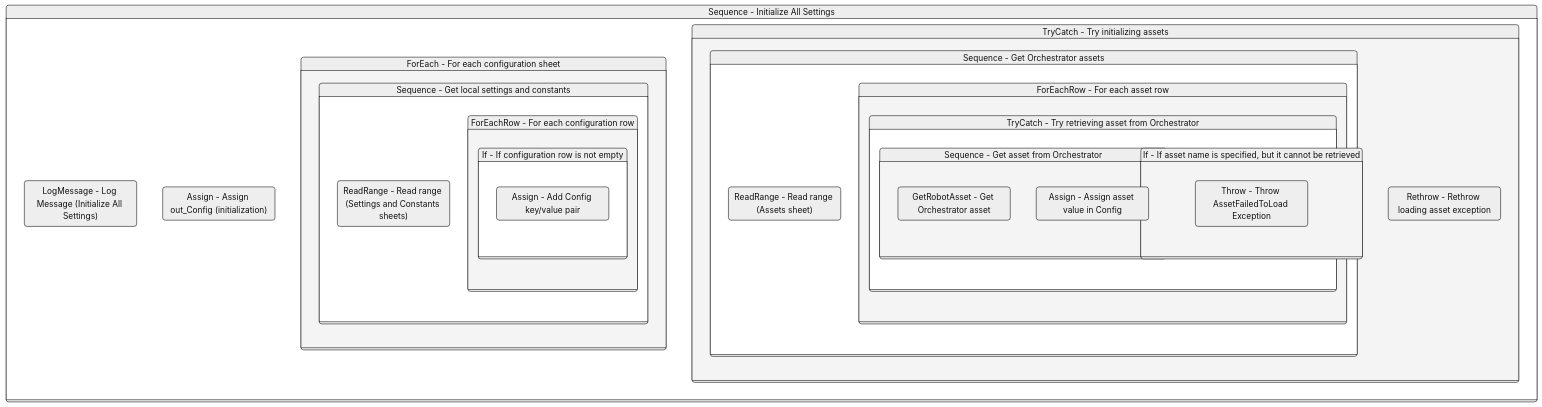
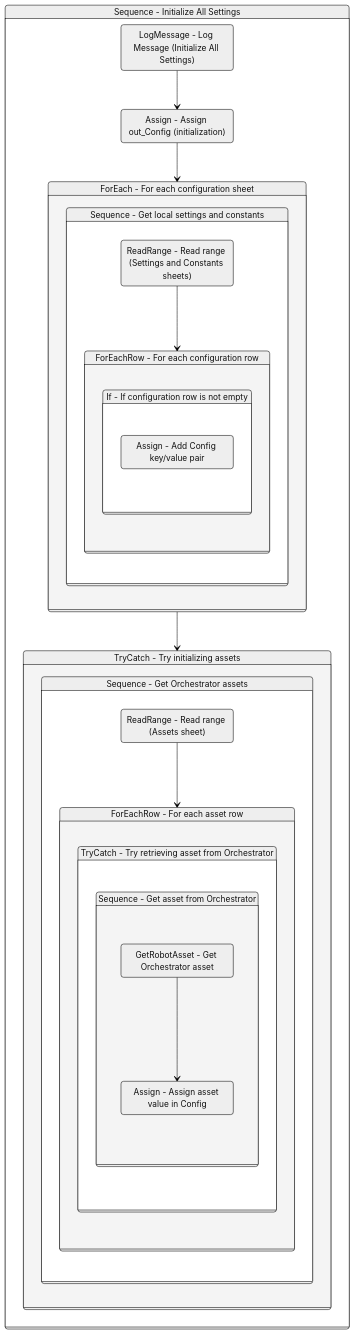
One commit to yashbrahmbhatt/LazyFramework changed the diagram in Documentation/.templates/Performers/REFramework/Framework/InitAllSettings.md. Above: the diagram before and after it, drawn with Mermaid (neutral theme). The commit also changed 78 other files, not shown here.

Commit message:
added handling of ifs in autodocs mermaid

````diff
--- a/Documentation/.templates/Performers/REFramework/Framework/InitAllSettings.md
+++ b/Documentation/.templates/Performers/REFramework/Framework/InitAllSettings.md
@@ -114,68 +114,63 @@
 ```mermaid
 stateDiagram-v2
 
 
 Sequence_5: Sequence - Initialize All Settings
 state Sequence_5 {
 direction TB
 LogMessage_2 : LogMessage - Log Message (Initialize All Settings)
 Assign_1 : Assign - Assign out_Config (initialization)
-
+LogMessage_2 --> Assign_1
+Assign_1 --> ForEach1_1
 ForEach1_1: ForEach - For each configuration sheet
 state ForEach1_1 {
 direction TB
 
 Sequence_2: Sequence - Get local settings and constants
 state Sequence_2 {
 direction TB
 ReadRange_1 : ReadRange - Read range (Settings and Constants sheets)
-
+ReadRange_1 --> ForEachRow_1
 ForEachRow_1: ForEachRow - For each configuration row
 state ForEachRow_1 {
 direction TB
 
 If_1: If - If configuration row is not empty
 state If_1 {
 direction TB
 Assign_2 : Assign - Add Config key/value pair
 }
 }
 }
 }
-
+ForEach1_1 --> TryCatch_2
 TryCatch_2: TryCatch - Try initializing assets
 state TryCatch_2 {
 direction TB
 
 Sequence_4: Sequence - Get Orchestrator assets
 state Sequence_4 {
 direction TB
 ReadRange_2 : ReadRange - Read range (Assets sheet)
-
+ReadRange_2 --> ForEachRow_2
 ForEachRow_2: ForEachRow - For each asset row
 state ForEachRow_2 {
 direction TB
 
 TryCatch_1: TryCatch - Try retrieving asset from Orchestrator
 state TryCatch_1 {
 direction TB
 
 Sequence_3: Sequence - Get asset from Orchestrator
 state Sequence_3 {
 direction TB
 GetRobotAsset_1 : GetRobotAsset - Get Orchestrator asset
 Assign_3 : Assign - Assign asset value in Config
-}
-
-If_2: If - If asset name is specified, but it cannot be retrieved
-state If_2 {
-direction TB
-Throw_1 : Throw - Throw AssetFailedToLoad Exception
+GetRobotAsset_1 --> Assign_3
 }
 }
 }
 }
-Rethrow_1 : Rethrow - Rethrow loading asset exception
 }
 }
 ```
````
